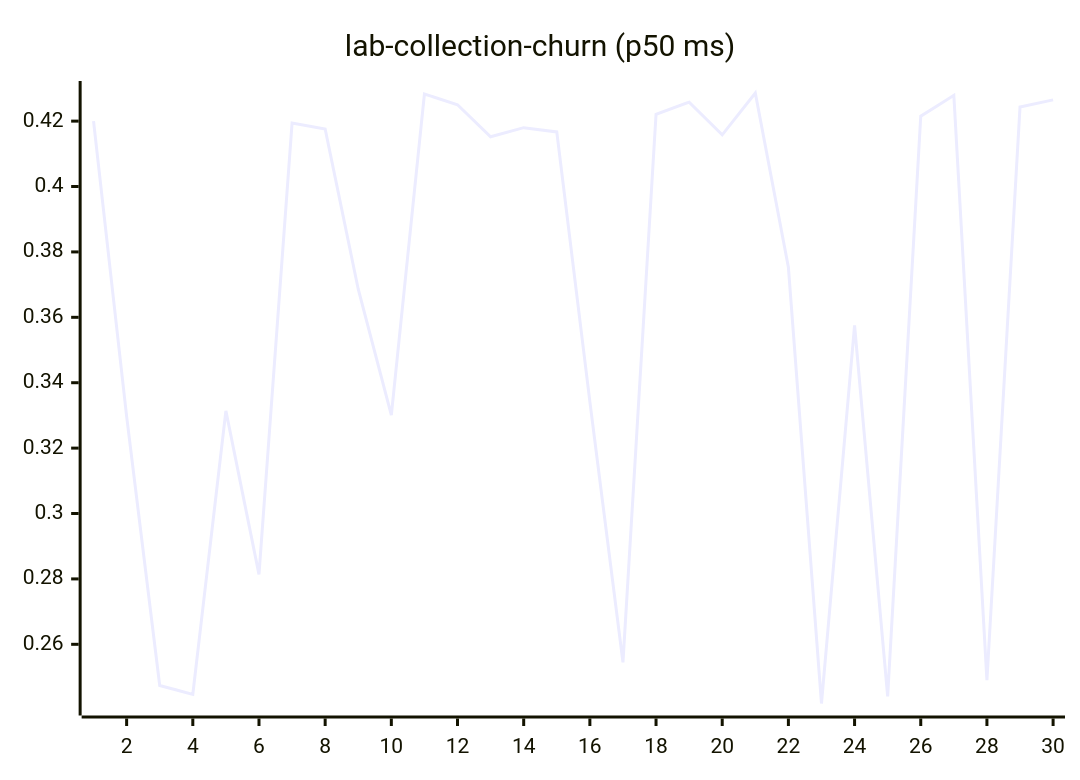
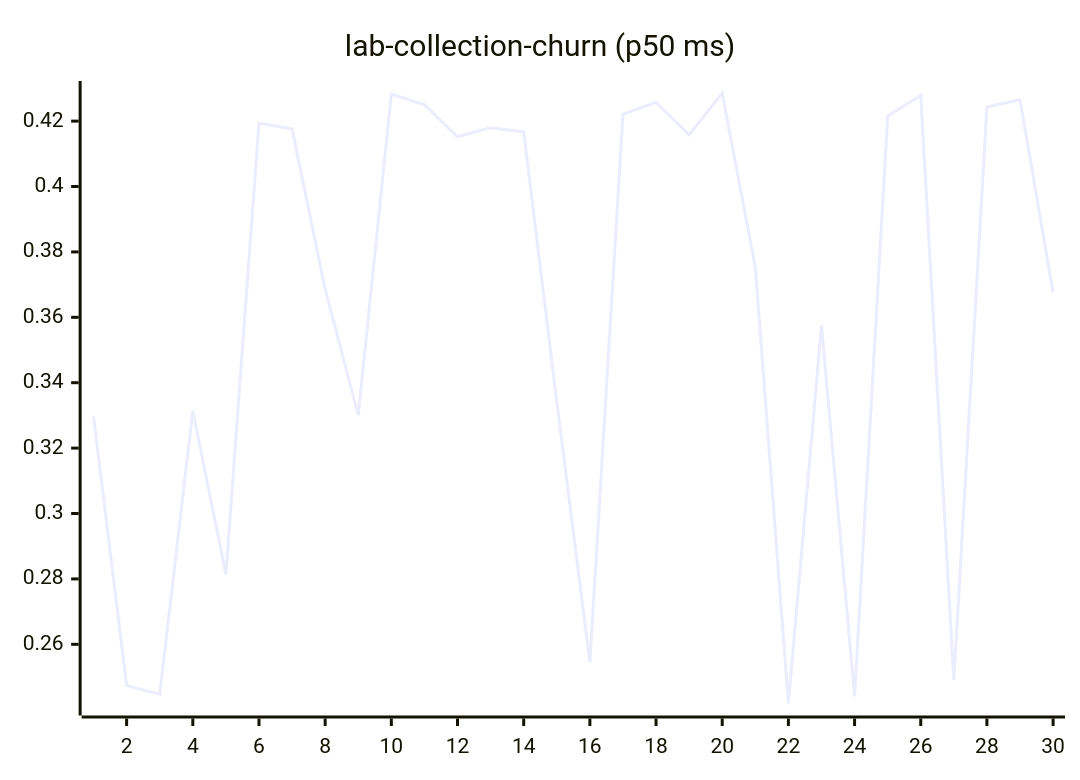
Before and after one commit to josha/Facet: diagram 11 of 27 in README.md, drawn with Mermaid. The commit also changed other lines of this file and 2 other files, not shown here.

````diff
--- a/README.md
+++ b/README.md
@@ -133,6 +133,6 @@
 ```mermaid
 xychart-beta
     title "lab-collection-churn (p50 ms)"
     x-axis 1 --> 30
-    line [0.4200, 0.3297, 0.2474, 0.2447, 0.3314, 0.2814, 0.4194, 0.4176, 0.3686, 0.3301, 0.4283, 0.4250, 0.4152, 0.4180, 0.4167, 0.3342, 0.2545, 0.4221, 0.4258, 0.4158, 0.4286, 0.3753, 0.2419, 0.3575, 0.2441, 0.4215, 0.4279, 0.2490, 0.4243, 0.4265]
+    line [0.3297, 0.2474, 0.2447, 0.3314, 0.2814, 0.4194, 0.4176, 0.3686, 0.3301, 0.4283, 0.4250, 0.4152, 0.4180, 0.4167, 0.3342, 0.2545, 0.4221, 0.4258, 0.4158, 0.4286, 0.3753, 0.2419, 0.3575, 0.2441, 0.4215, 0.4279, 0.2490, 0.4243, 0.4265, 0.3676]
 ```
````
